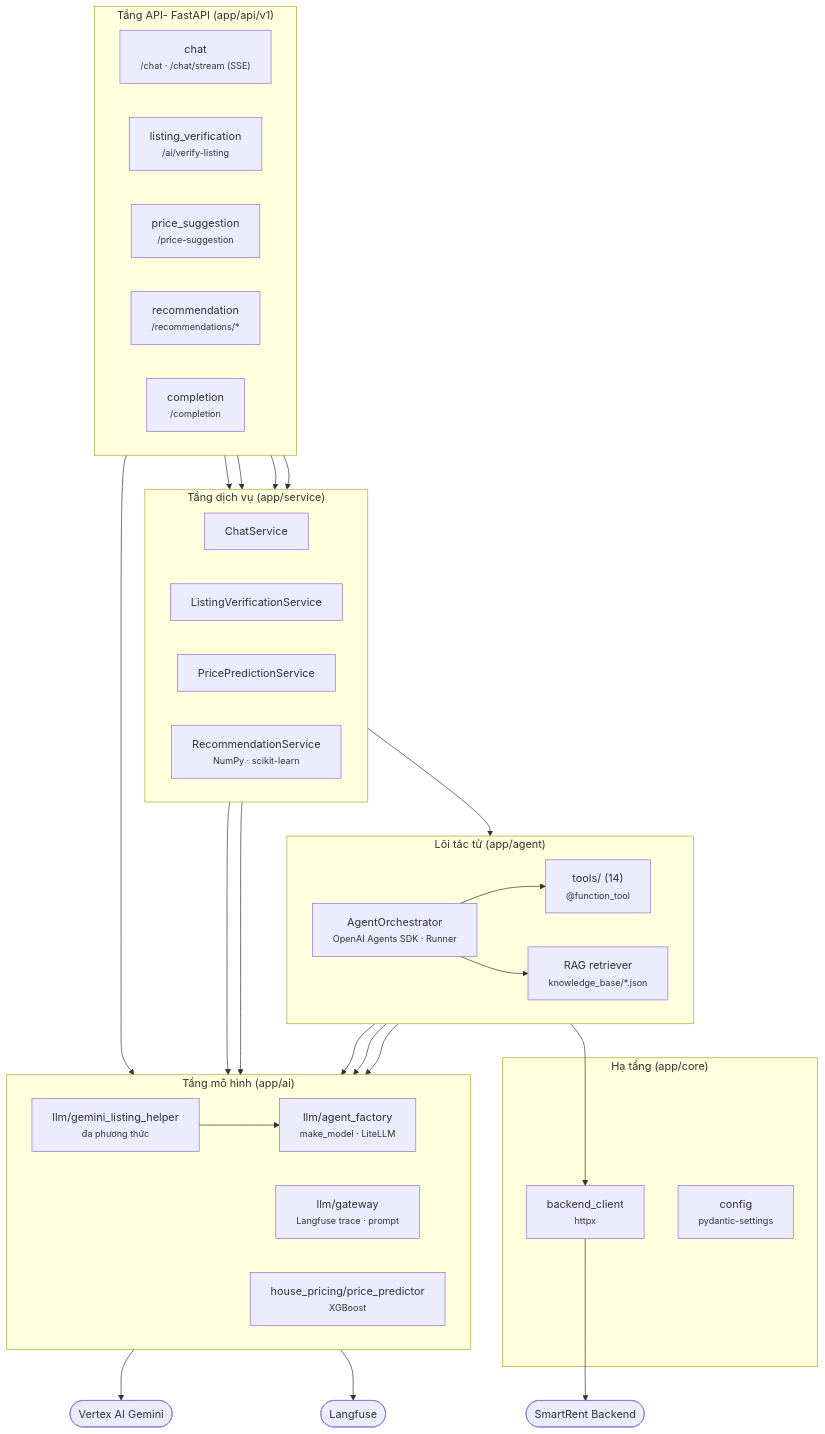
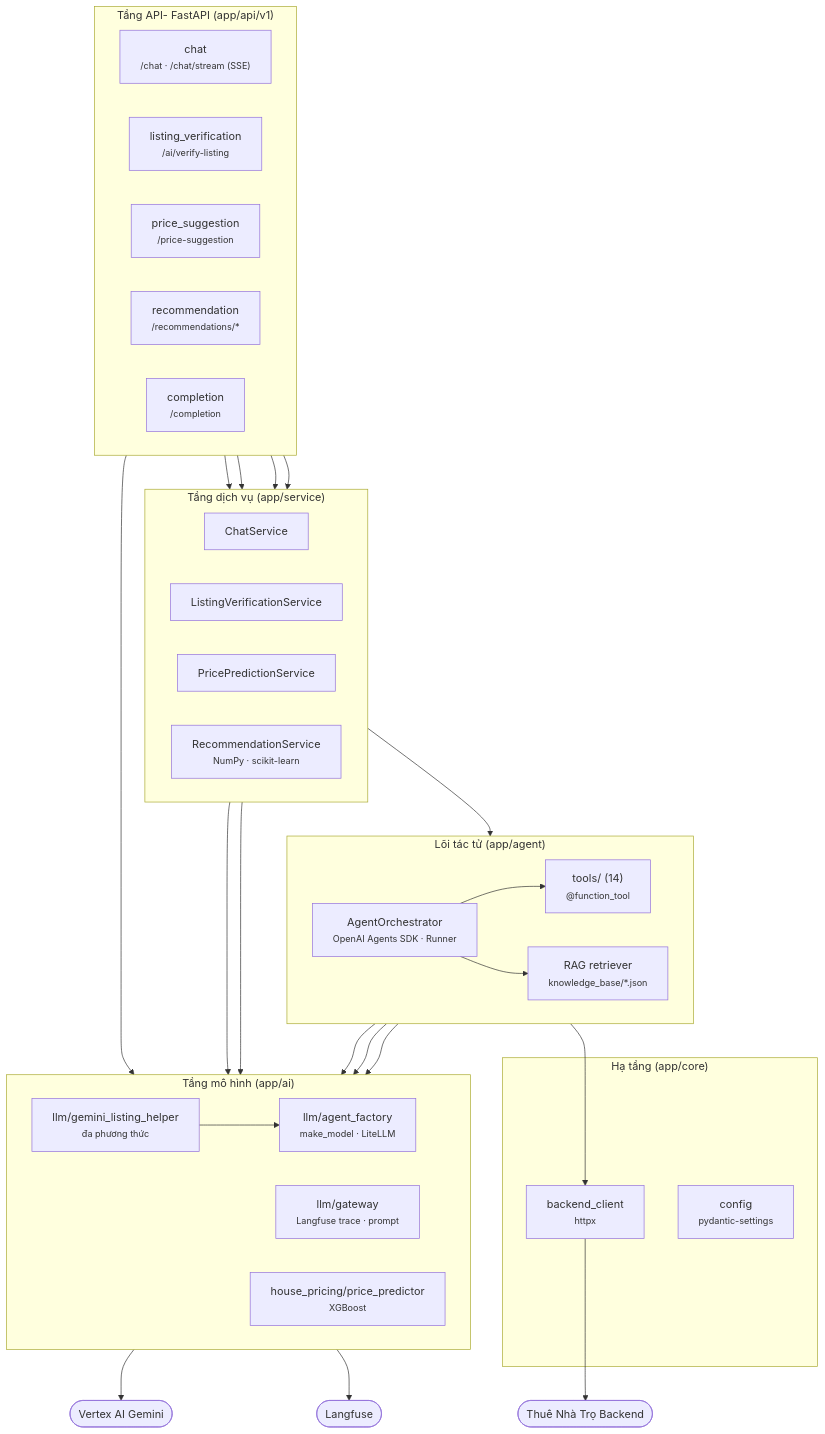
Before and after one commit to huynhtranty/smartrent-report: the diagram in diagrams/ai/src/01-architecture-layers.mmd, drawn with Mermaid. The commit also changed 55 other files, not shown here.

```diff
--- a/diagrams/ai/src/01-architecture-layers.mmd
+++ b/diagrams/ai/src/01-architecture-layers.mmd
@@ -1,54 +1,54 @@
 flowchart TB
  subgraph API["Tầng API- FastAPI (app/api/v1)"]
  direction LR
  Chat["chat<br/><small>/chat · /chat/stream (SSE)</small>"]
  Verify["listing_verification<br/><small>/ai/verify-listing</small>"]
  Price["price_suggestion<br/><small>/price-suggestion</small>"]
  Reco["recommendation<br/><small>/recommendations/*</small>"]
  Compl["completion<br/><small>/completion</small>"]
  end
  subgraph Service["Tầng dịch vụ (app/service)"]
  direction LR
  ChatSvc["ChatService"]
  VerifySvc["ListingVerificationService"]
  PriceSvc["PricePredictionService"]
  RecoSvc["RecommendationService<br/><small>NumPy · scikit-learn</small>"]
  end
  subgraph Agent["Lõi tác tử (app/agent)"]
  direction LR
  Orch["AgentOrchestrator<br/><small>OpenAI Agents SDK · Runner</small>"]
  Tools["tools/ (14)<br/><small>@function_tool</small>"]
  RAG["RAG retriever<br/><small>knowledge_base/*.json</small>"]
  end
  subgraph Model["Tầng mô hình (app/ai)"]
  direction LR
  Factory["llm/agent_factory<br/><small>make_model · LiteLLM</small>"]
  Gateway["llm/gateway<br/><small>Langfuse trace · prompt</small>"]
  Helper["llm/gemini_listing_helper<br/><small>đa phương thức</small>"]
  Predictor["house_pricing/price_predictor<br/><small>XGBoost</small>"]
  end
  subgraph Infra["Hạ tầng (app/core)"]
  Client["backend_client<br/><small>httpx</small>"]
  Config["config<br/><small>pydantic-settings</small>"]
  end
  Vertex(["Vertex AI Gemini"])
  Langfuse(["Langfuse"])
- Backend(["SmartRent Backend"])
+ Backend(["Thuê Nhà Trọ Backend"])
 
  Chat --> ChatSvc --> Orch
  Verify --> VerifySvc
  Price --> PriceSvc
  Reco --> RecoSvc
  Compl --> Gateway
  Orch --> Tools
  Orch --> RAG
  Orch --> Factory
  Orch --> Gateway
  VerifySvc --> Helper
  PriceSvc --> Factory
  Tools --> Predictor
  Tools --> Client
  Helper --> Factory
  Factory --> Vertex
  Gateway --> Langfuse
  Client --> Backend
```
